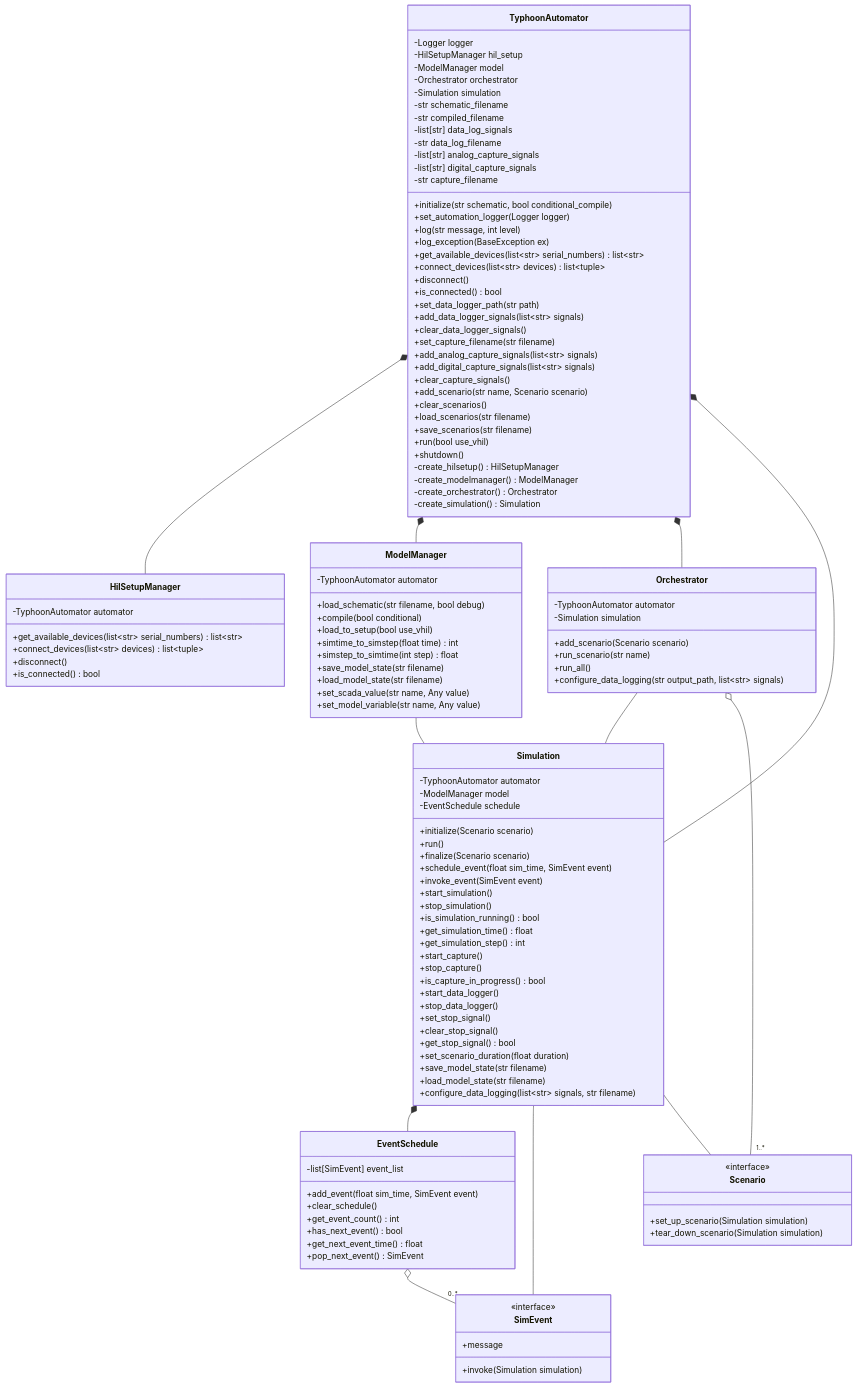
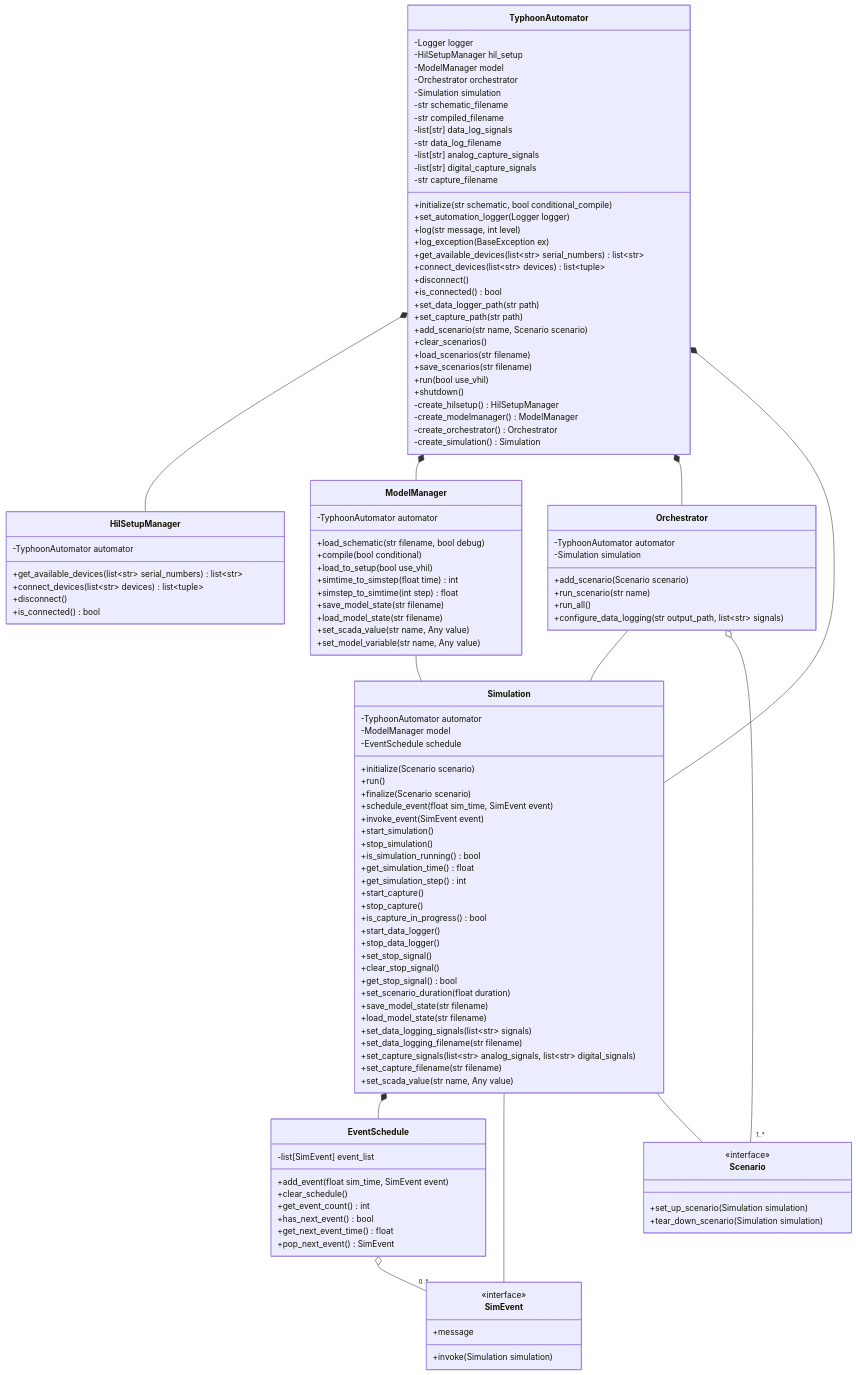
One commit to UWM-SEES/TyphoonAutomation changed the diagram in docs/code/classes.md. Above: the diagram before and after it, drawn with Mermaid. The commit also changed 3 other files, not shown here.

Commit message:
Update data logging, start updates to capture

```diff
--- a/docs/code/classes.md
+++ b/docs/code/classes.md
@@ -30,13 +30,7 @@
     +is_connected() bool
 
     +set_data_logger_path(str path)
-    +add_data_logger_signals(list~str~ signals)
-    +clear_data_logger_signals()
-
-    +set_capture_filename(str filename)
-    +add_analog_capture_signals(list~str~ signals)
-    +add_digital_capture_signals(list~str~ signals)
-    +clear_capture_signals()
+    +set_capture_path(str path)
 
     +add_scenario(str name, Scenario scenario)
     +clear_scenarios()
@@ -134,7 +128,13 @@
     +save_model_state(str filename)
     +load_model_state(str filename)
 
-    +configure_data_logging(list~str~ signals, str filename)
+    +set_data_logging_signals(list~str~ signals)
+    +set_data_logging_filename(str filename)
+
+    +set_capture_signals(list~str~ analog_signals, list~str~ digital_signals)
+    +set_capture_filename(str filename)
+
+    +set_scada_value(str name, Any value)
   }
 
   Simulation *-- EventSchedule
```
